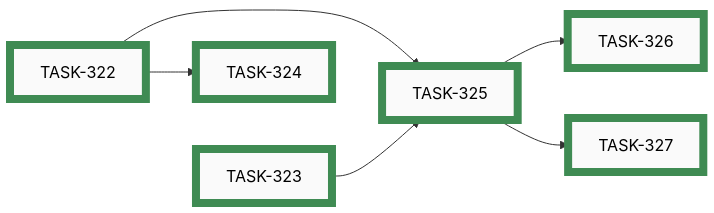
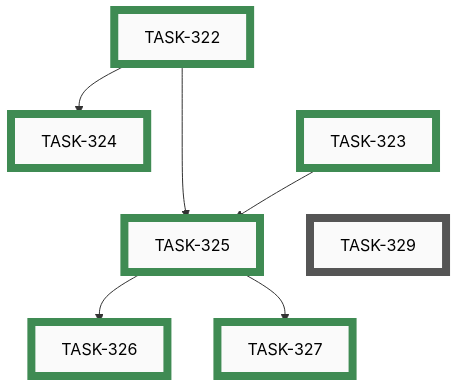
One commit to tgd1975/AwesomeStudioPedal changed the seventh of 8 diagrams in docs/developers/tasks/EPICS.md. Above: the diagram before and after it, drawn with Mermaid. The commit also changed other lines of this file and 4 other files, not shown here.

First line of the commit message:
add TASK-329: Drop auto-git-add for untracked files from commit-pathspec.sh

````diff
--- a/docs/developers/tasks/EPICS.md
+++ b/docs/developers/tasks/EPICS.md
@@ -243,29 +243,31 @@
 ```mermaid
-graph LR
+graph TD
+    TASK_329["TASK-329"]:::open
     TASK_322["TASK-322"]:::closed
     TASK_323["TASK-323"]:::closed
     TASK_324["TASK-324"]:::closed
     TASK_325["TASK-325"]:::closed
     TASK_326["TASK-326"]:::closed
     TASK_327["TASK-327"]:::closed
     TASK_322 --> TASK_324
     TASK_322 --> TASK_325
     TASK_323 --> TASK_325
     TASK_325 --> TASK_326
     TASK_325 --> TASK_327
-    TASK_322 ~~~ TASK_323
+    TASK_322 ~~~ TASK_323 ~~~ TASK_329
+    click TASK_329 "open/task-329-drop-auto-git-add-from-commit-pathspec.md"
     click TASK_322 "closed/task-322-decide-commit-provenance-and-bypass-mechanism.md"
     click TASK_323 "closed/task-323-convert-commit-skill-to-pathspec-form.md"
     click TASK_324 "closed/task-324-update-claudemd-and-add-commit-policy-page.md"
     click TASK_325 "closed/task-325-implement-precommit-hook-enforcement.md"
     click TASK_326 "closed/task-326-route-other-commit-skills-through-commit.md"
     click TASK_327 "closed/task-327-decide-partial-hunk-policy.md"
     classDef open    fill:#FAFAFA,stroke:#555,stroke-width:8px,color:#000
     classDef active  fill:#FAFAFA,stroke:#1A6FA8,stroke-width:8px,color:#000
     classDef closed  fill:#FAFAFA,stroke:#3F8B53,stroke-width:8px,color:#000
     classDef paused  fill:#FAFAFA,stroke:#B07810,stroke-width:8px,color:#000
     classDef openExt    fill:#000,stroke:#888,stroke-width:8px,color:#FFF
     classDef activeExt  fill:#000,stroke:#3FA9F5,stroke-width:8px,color:#FFF
     classDef closedExt  fill:#000,stroke:#7CC68A,stroke-width:8px,color:#FFF
     classDef pausedExt  fill:#000,stroke:#F0B030,stroke-width:8px,color:#FFF
 ```
````
